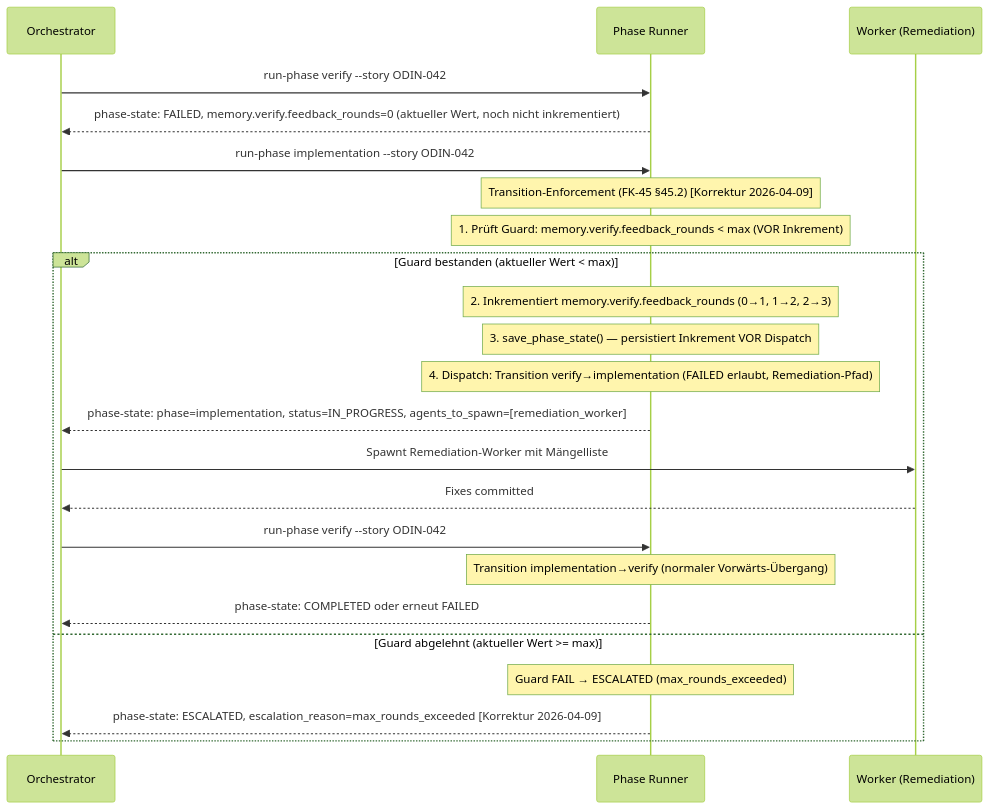
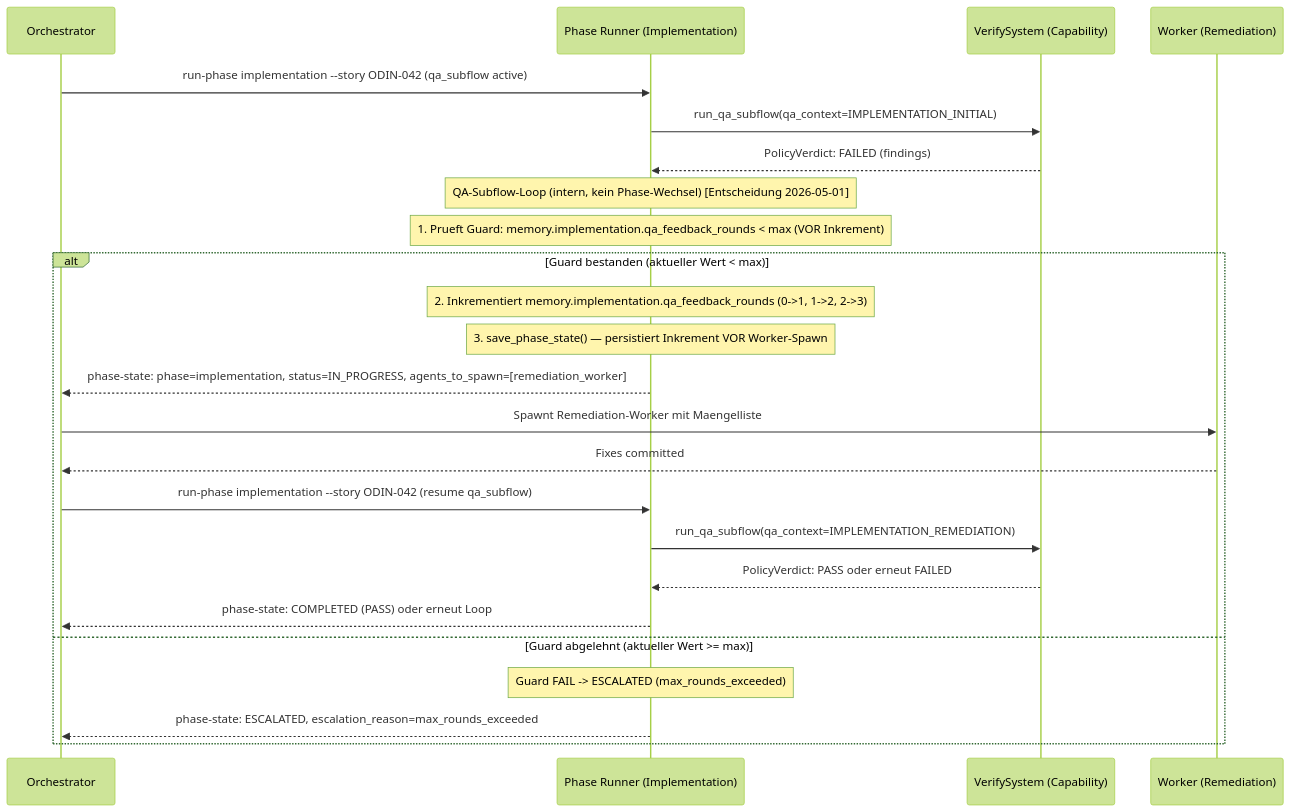
The third of 3 diagrams in concept/technical-design/20_workflow_engine_state_machine.md (saltenhof/claude-agentkit3), drawn with Mermaid (forest theme) before and after one commit. The commit also changed other lines of this file and 37 other files, not shown here.

First line of the commit message:
Concept wave: 4-phase pipeline (Verify as QA-subflow), Themen 1-3+5 eingearbeitet

````diff
--- a/concept/technical-design/20_workflow_engine_state_machine.md
+++ b/concept/technical-design/20_workflow_engine_state_machine.md
@@ -509,27 +532,28 @@
 ```mermaid
 sequenceDiagram
     participant O as Orchestrator
-    participant PR as Phase Runner
+    participant PR as Phase Runner (Implementation)
+    participant V as VerifySystem (Capability)
     participant W as Worker (Remediation)
 
-    O->>PR: run-phase verify --story ODIN-042
-    PR-->>O: phase-state: FAILED, memory.verify.feedback_rounds=0 (aktueller Wert, noch nicht inkrementiert)
+    O->>PR: run-phase implementation --story ODIN-042 (qa_subflow active)
+    PR->>V: run_qa_subflow(qa_context=IMPLEMENTATION_INITIAL)
+    V-->>PR: PolicyVerdict: FAILED (findings)
 
-    O->>PR: run-phase implementation --story ODIN-042
-    Note over PR: Transition-Enforcement (FK-45 §45.2) [Korrektur 2026-04-09]
-    Note over PR: 1. Prüft Guard: memory.verify.feedback_rounds < max (VOR Inkrement)
+    Note over PR: QA-Subflow-Loop (intern, kein Phase-Wechsel) [Entscheidung 2026-05-01]
+    Note over PR: 1. Prueft Guard: memory.implementation.qa_feedback_rounds < max (VOR Inkrement)
     alt Guard bestanden (aktueller Wert < max)
-        Note over PR: 2. Inkrementiert memory.verify.feedback_rounds (0→1, 1→2, 2→3)
-        Note over PR: 3. save_phase_state() — persistiert Inkrement VOR Dispatch
-        Note over PR: 4. Dispatch: Transition verify→implementation (FAILED erlaubt, Remediation-Pfad)
+        Note over PR: 2. Inkrementiert memory.implementation.qa_feedback_rounds (0->1, 1->2, 2->3)
+        Note over PR: 3. save_phase_state() — persistiert Inkrement VOR Worker-Spawn
         PR-->>O: phase-state: phase=implementation, status=IN_PROGRESS, agents_to_spawn=[remediation_worker]
-        O->>W: Spawnt Remediation-Worker mit Mängelliste
+        O->>W: Spawnt Remediation-Worker mit Maengelliste
         W-->>O: Fixes committed
-        O->>PR: run-phase verify --story ODIN-042
-        Note over PR: Transition implementation→verify (normaler Vorwärts-Übergang)
-        PR-->>O: phase-state: COMPLETED oder erneut FAILED
+        O->>PR: run-phase implementation --story ODIN-042 (resume qa_subflow)
+        PR->>V: run_qa_subflow(qa_context=IMPLEMENTATION_REMEDIATION)
+        V-->>PR: PolicyVerdict: PASS oder erneut FAILED
+        PR-->>O: phase-state: COMPLETED (PASS) oder erneut Loop
     else Guard abgelehnt (aktueller Wert >= max)
-        Note over PR: Guard FAIL → ESCALATED (max_rounds_exceeded)
-        PR-->>O: phase-state: ESCALATED, escalation_reason=max_rounds_exceeded [Korrektur 2026-04-09]
+        Note over PR: Guard FAIL -> ESCALATED (max_rounds_exceeded)
+        PR-->>O: phase-state: ESCALATED, escalation_reason=max_rounds_exceeded
     end
 ```
````
